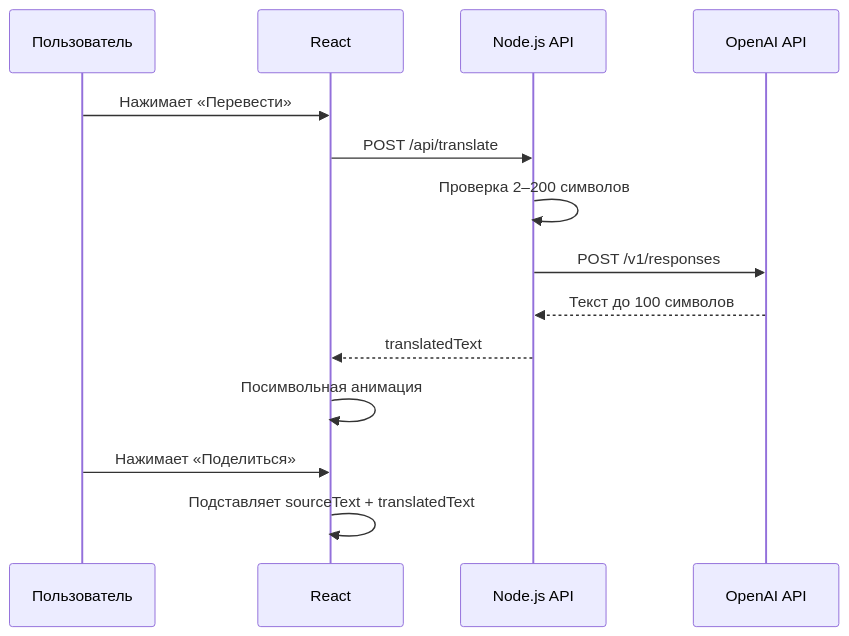
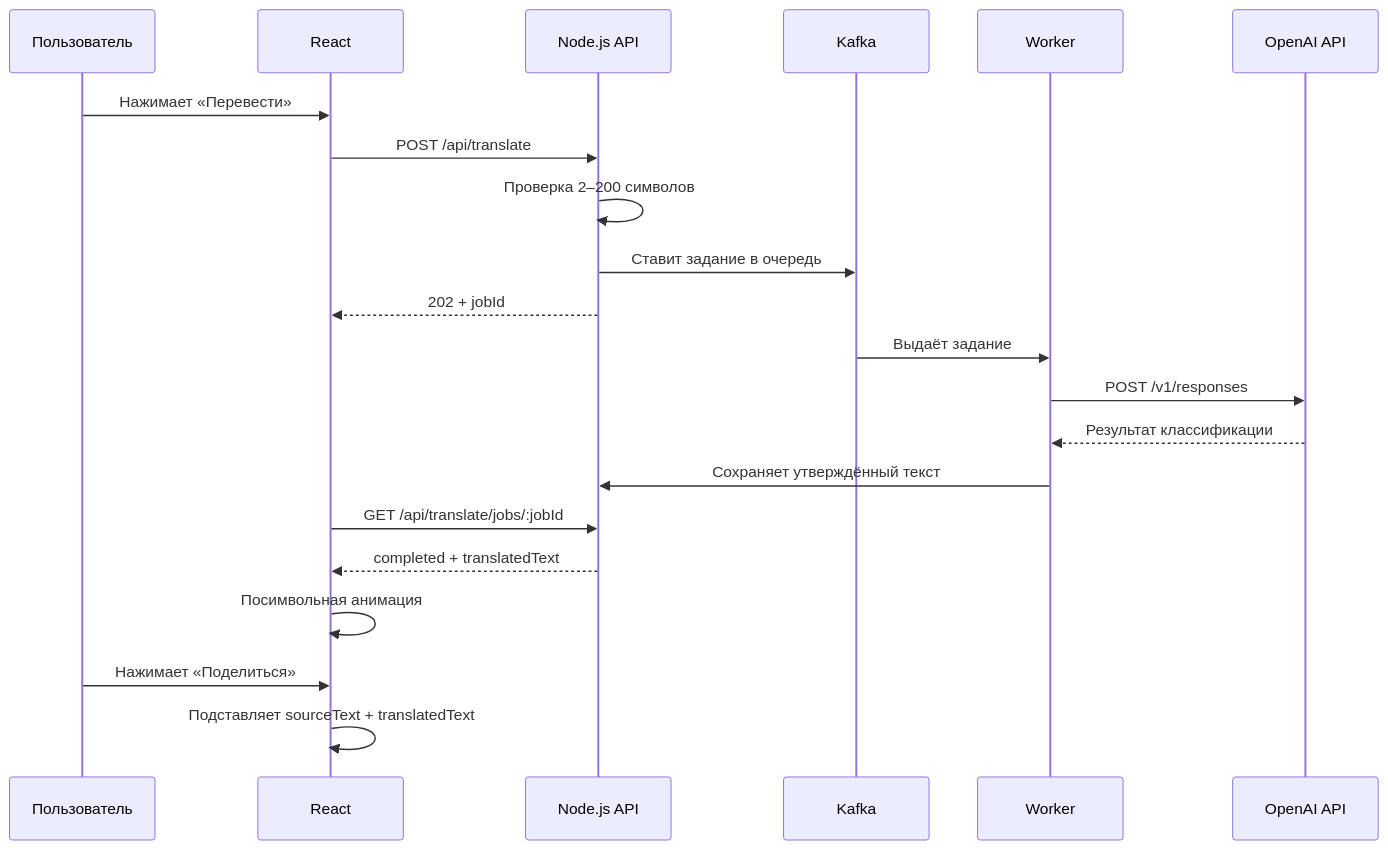
The fourth of 4 diagrams in docs/ARCHITECTURE.md (viscosha1575/magnit), drawn with Mermaid before and after one commit. The commit also changed other lines of this file and 8 other files, not shown here.

````diff
--- a/docs/ARCHITECTURE.md
+++ b/docs/ARCHITECTURE.md
@@ -61,17 +70,24 @@
 ```mermaid
 sequenceDiagram
   participant U as Пользователь
   participant R as React
   participant N as Node.js API
+  participant K as Kafka
+  participant W as Worker
   participant O as OpenAI API
 
   U->>R: Нажимает «Перевести»
   R->>N: POST /api/translate
   N->>N: Проверка 2–200 символов
-  N->>O: POST /v1/responses
-  O-->>N: Текст до 100 символов
-  N-->>R: translatedText
+  N->>K: Ставит задание в очередь
+  N-->>R: 202 + jobId
+  K->>W: Выдаёт задание
+  W->>O: POST /v1/responses
+  O-->>W: Результат классификации
+  W->>N: Сохраняет утверждённый текст
+  R->>N: GET /api/translate/jobs/:jobId
+  N-->>R: completed + translatedText
   R->>R: Посимвольная анимация
   U->>R: Нажимает «Поделиться»
   R->>R: Подставляет sourceText + translatedText
 ```
````
